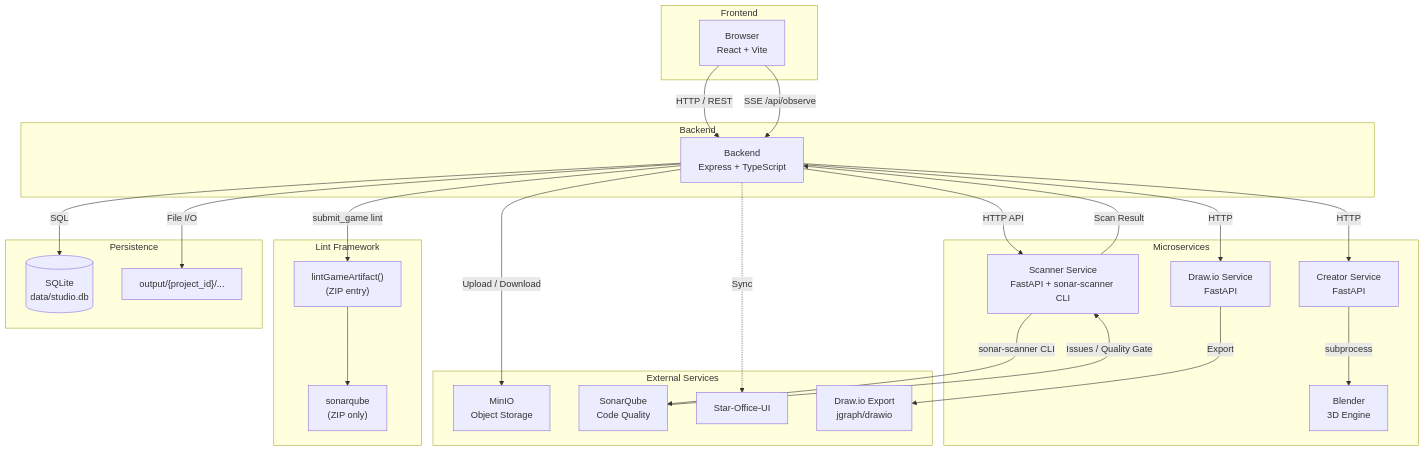
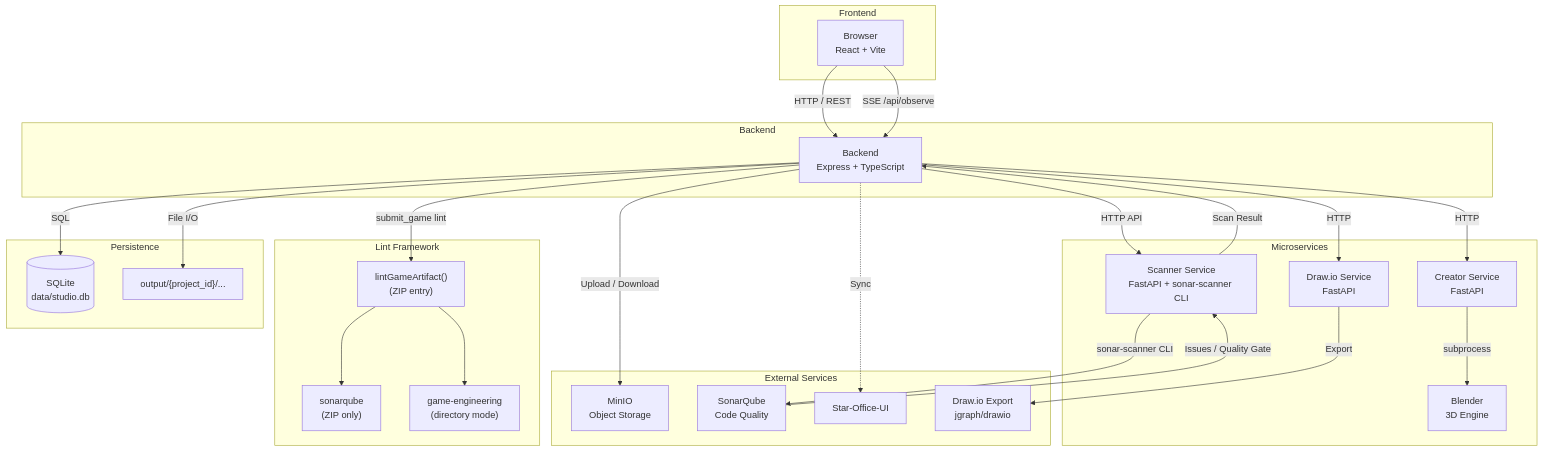
One commit to luoxiaojun1992/game-studio changed the diagram in docs/ARCHITECTURE.md. Above: the diagram before and after it, drawn with Mermaid. The commit also changed other lines of this file and 1 other file, not shown here.

First line of the commit message:
docs: update docs/ARCHITECTURE.md and .zh-CN.md with game engineering framework

````diff
--- a/docs/ARCHITECTURE.md
+++ b/docs/ARCHITECTURE.md
@@ -18,54 +18,56 @@
 ```mermaid
 graph TB
     subgraph "Frontend"
         Browser["Browser<br/>React + Vite"]
     end
 
     subgraph "Backend"
         BE["Backend<br/>Express + TypeScript"]
     end
 
     subgraph "Lint Framework"
         LintRunner["lintGameArtifact()<br/>(ZIP entry)"]
         SonarChecker["sonarqube<br/>(ZIP only)"]
+        GameEngChecker["game-engineering<br/>(directory mode)"]
     end
 
     subgraph "External Services"
         MinIO["MinIO<br/>Object Storage"]
         Sonar["SonarQube<br/>Code Quality"]
         StarOffice["Star-Office-UI"]
         DrawioExport["Draw.io Export<br/>jgraph/drawio"]
     end
 
     subgraph "Microservices"
         Creator["Creator Service<br/>FastAPI"]
         Blender["Blender<br/>3D Engine"]
         Drawio["Draw.io Service<br/>FastAPI"]
         Scanner["Scanner Service<br/>FastAPI + sonar-scanner CLI"]
     end
 
     subgraph "Persistence"
         SQLite[("SQLite<br/>data/studio.db")]
         Output["output/{project_id}/..."]
     end
 
     Browser -->|HTTP / REST| BE
     Browser -->|SSE /api/observe| BE
 
     BE -->|HTTP| Creator
     BE -->|HTTP| Drawio
     BE -->|Upload / Download| MinIO
     BE -->|SQL| SQLite
     BE -->|File I/O| Output
     BE -->|submit_game lint| LintRunner
     BE -->|HTTP API| Scanner
     BE -.->|Sync| StarOffice
     Creator -->|subprocess| Blender
     Drawio -->|Export| DrawioExport
 
     LintRunner --> SonarChecker
+    LintRunner --> GameEngChecker
 
     Scanner -->|sonar-scanner CLI| Sonar
     Sonar -->|Issues / Quality Gate| Scanner
     Scanner -->|Scan Result| BE
 ```
````
